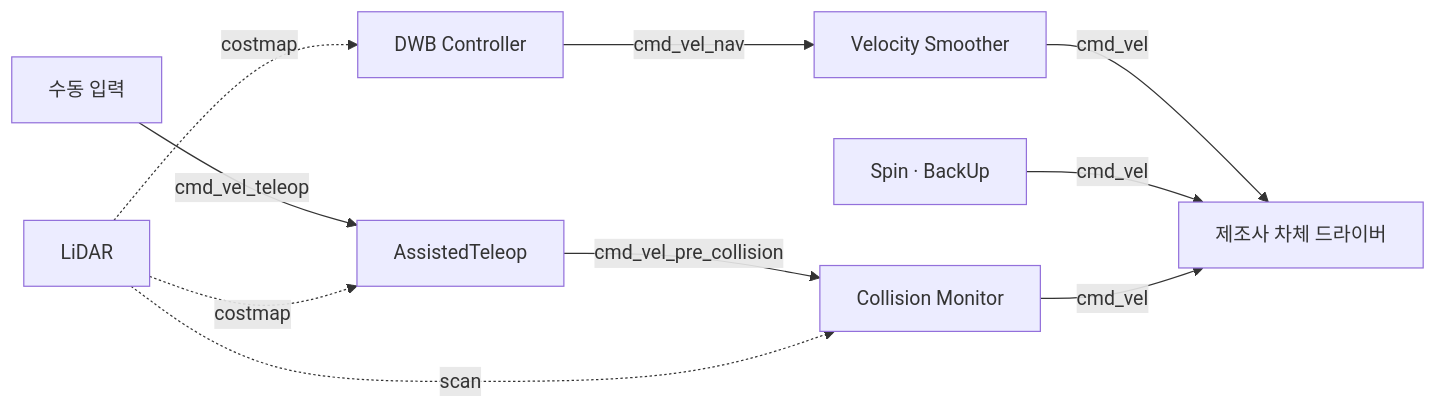
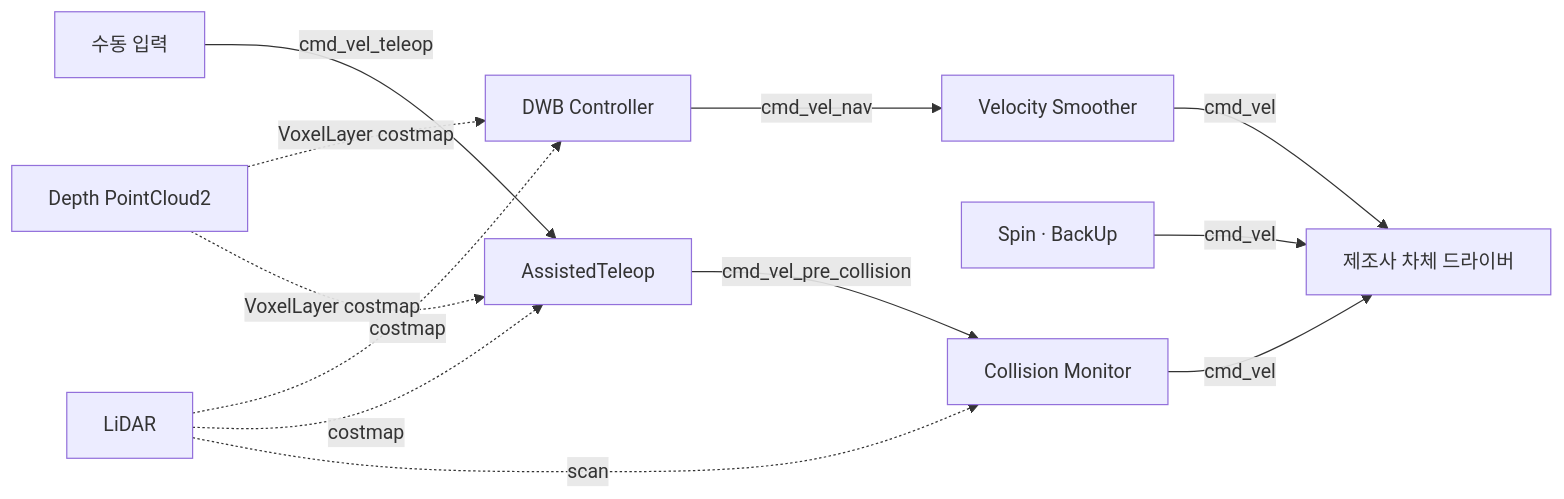
The fourth of 4 diagrams in malbut_bringup/README.md (SWM-malbut/malbut), drawn with Mermaid before and after one commit. The commit also changed other lines of this file and 31 other files, not shown here.

````diff
--- a/malbut_bringup/README.md
+++ b/malbut_bringup/README.md
@@ -155,12 +155,14 @@
 ```mermaid
 flowchart LR
     D["DWB Controller"] -->|cmd_vel_nav| V["Velocity Smoother"]
     V -->|cmd_vel| R["제조사 차체 드라이버"]
     B["Spin · BackUp"] -->|cmd_vel| R
     I["수동 입력"] -->|cmd_vel_teleop| T["AssistedTeleop"]
     T -->|cmd_vel_pre_collision| C["Collision Monitor"]
     C -->|cmd_vel| R
     L["LiDAR"] -.->|costmap| D
     L -.->|costmap| T
     L -.->|scan| C
+    P["Depth PointCloud2"] -.->|VoxelLayer costmap| D
+    P -.->|VoxelLayer costmap| T
 ```
````
